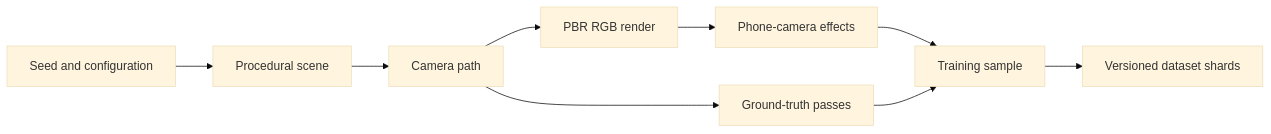
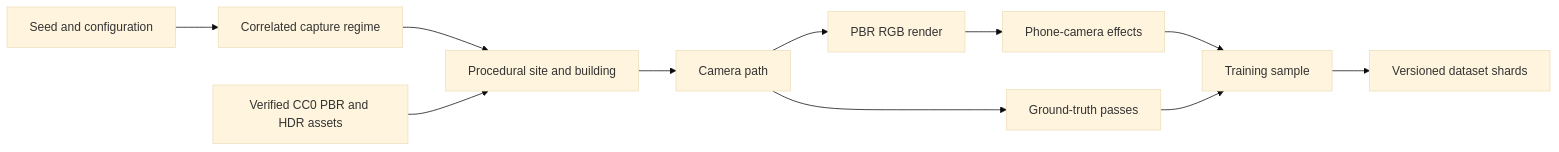
Before and after one commit to manspaniel/pizzanet: the diagram in notes/SYNTHETIC_TRAINING_DATA.md, drawn with Mermaid (base theme). The commit also changed other lines of this file and 109 other files, not shown here.

````diff
--- a/notes/SYNTHETIC_TRAINING_DATA.md
+++ b/notes/SYNTHETIC_TRAINING_DATA.md
@@ -38,11 +49,13 @@
 ```mermaid
 flowchart LR
-    Seed["Seed and configuration"] --> Scene["Procedural scene"]
+    Seed["Seed and configuration"] --> Regime["Correlated capture regime"]
+    Regime --> Scene["Procedural site and building"]
+    Assets["Verified CC0 PBR and HDR assets"] --> Scene
     Scene --> Path["Camera path"]
     Path --> RGB["PBR RGB render"]
     Path --> Labels["Ground-truth passes"]
     RGB --> Effects["Phone-camera effects"]
     Effects --> Sample["Training sample"]
     Labels --> Sample
     Sample --> Shards["Versioned dataset shards"]
 ```
````
